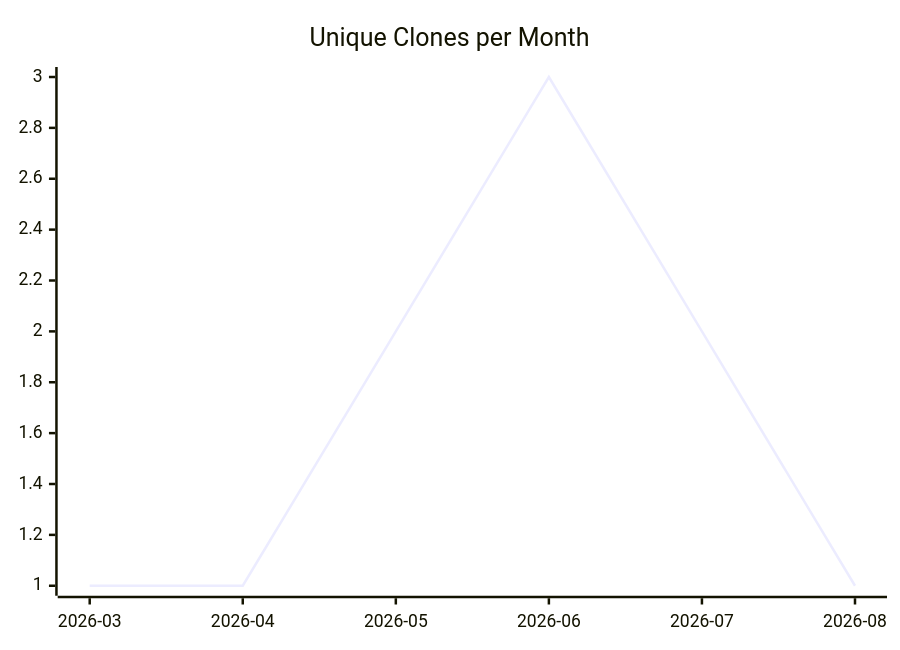
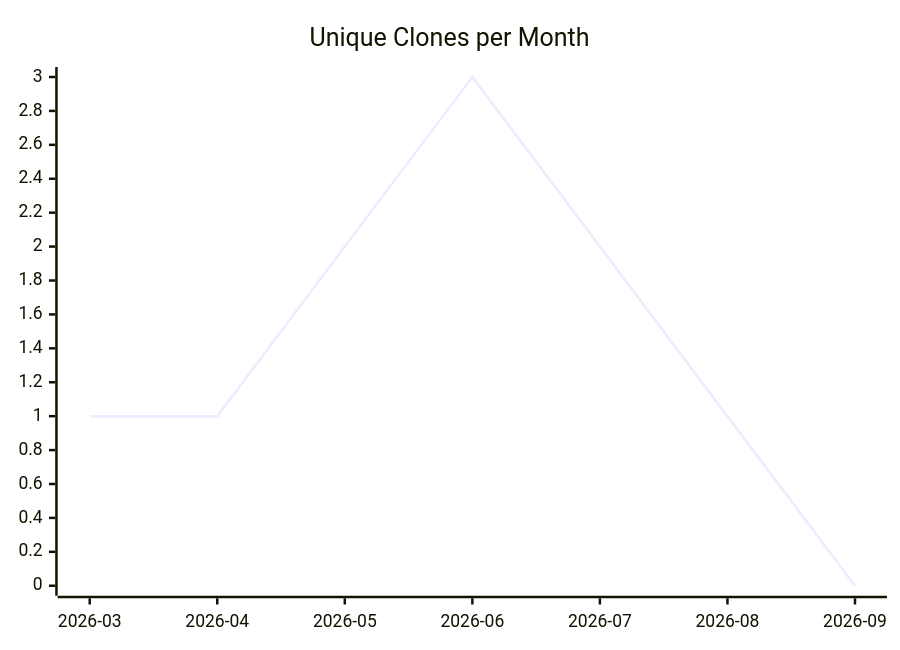
One commit to justdavis-family/github-analytics-data changed the third of 3 diagrams in karlmdavis/ansible-role-acmetool/README.md. Above: the diagram before and after it, drawn with Mermaid. The commit also changed other lines of this file and 191 other files, not shown here.

````diff
--- a/karlmdavis/ansible-role-acmetool/README.md
+++ b/karlmdavis/ansible-role-acmetool/README.md
@@ -19,6 +19,6 @@
 ```mermaid
 xychart-beta
   title "Unique Clones per Month"
-  x-axis ["2026-03", "2026-04", "2026-05", "2026-06", "2026-07", "2026-08"]
-  line [1, 1, 2, 3, 2, 1]
+  x-axis ["2026-03", "2026-04", "2026-05", "2026-06", "2026-07", "2026-08", "2026-09"]
+  line [1, 1, 2, 3, 2, 1, 0]
 ```
````
